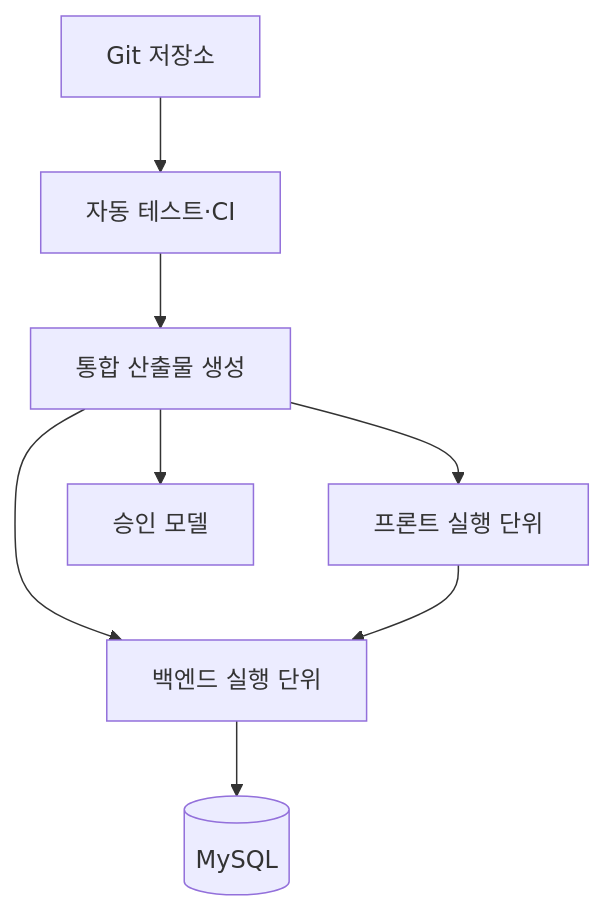
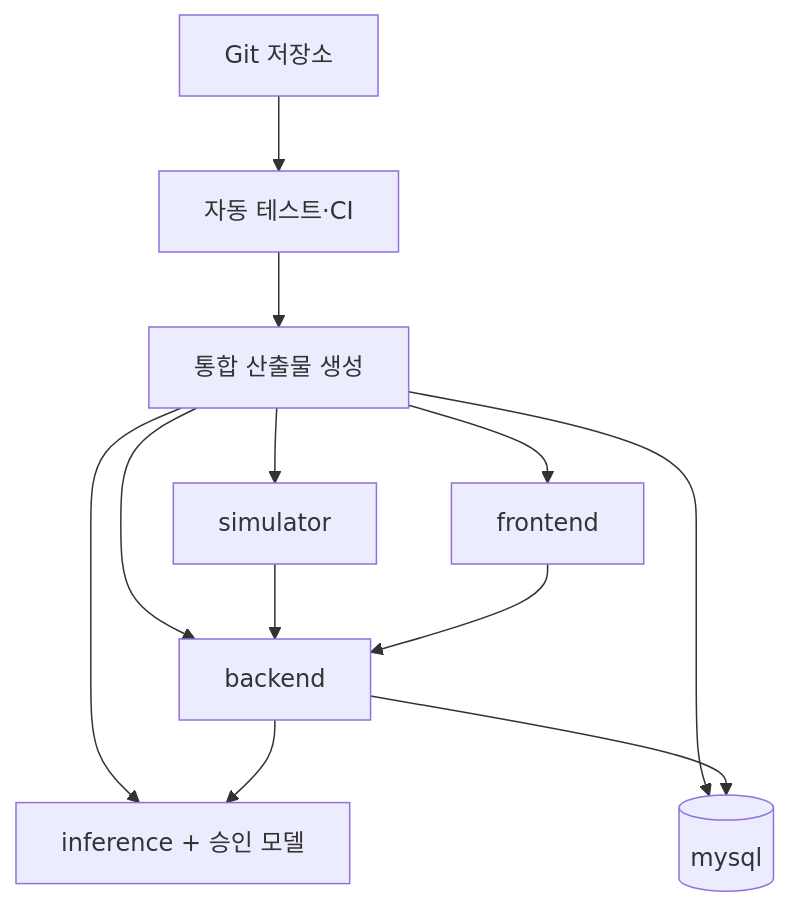
Before and after one commit to yuudong123/CQC: the third of 3 diagrams in docs/architecture.md, drawn with Mermaid. The commit also changed other lines of this file and 7 other files, not shown here.

````diff
--- a/docs/architecture.md
+++ b/docs/architecture.md
@@ -166,10 +168,14 @@
 ```mermaid
 flowchart TB
     Repo[Git 저장소] --> CI[자동 테스트·CI]
     CI --> Build[통합 산출물 생성]
-    Build --> FE[프론트 실행 단위]
-    Build --> BE[백엔드 실행 단위]
-    Build --> Model[승인 모델]
-    BE --> MySQL[(MySQL)]
+    Build --> SIM[simulator]
+    Build --> FE[frontend]
+    Build --> BE[backend]
+    Build --> INF[inference + 승인 모델]
+    Build --> MySQL[(mysql)]
+    SIM --> BE
+    BE --> INF
     FE --> BE
+    BE --> MySQL
 ```
````
